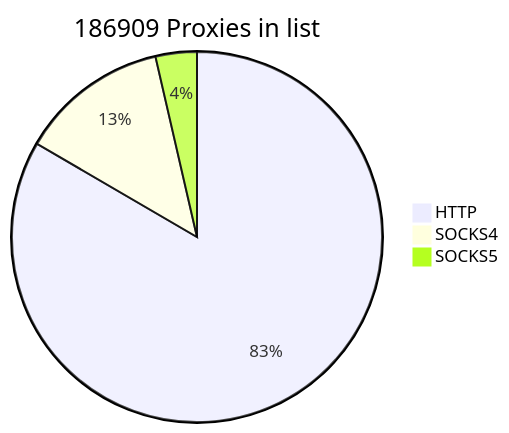
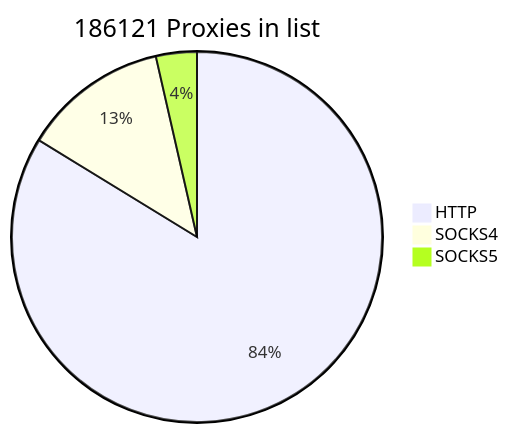
The first of 2 diagrams in README.md (cutipu/proxylist), drawn with Mermaid before and after one commit. The commit also changed other lines of this file, not shown here.

````diff
--- a/README.md
+++ b/README.md
@@ -2,7 +2,7 @@
 ```mermaid
-pie title 186909 Proxies in list
-    "HTTP" : 155872
-    "SOCKS4" : 24303
-    "SOCKS5" : 6734
+pie title 186121 Proxies in list
+    "HTTP" : 155871
+    "SOCKS4" : 23611
+    "SOCKS5" : 6639
             
 ```
````
